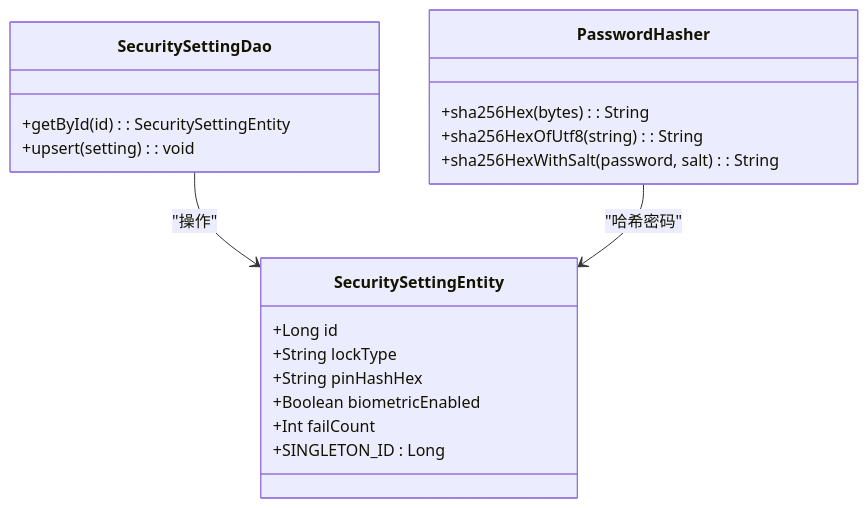
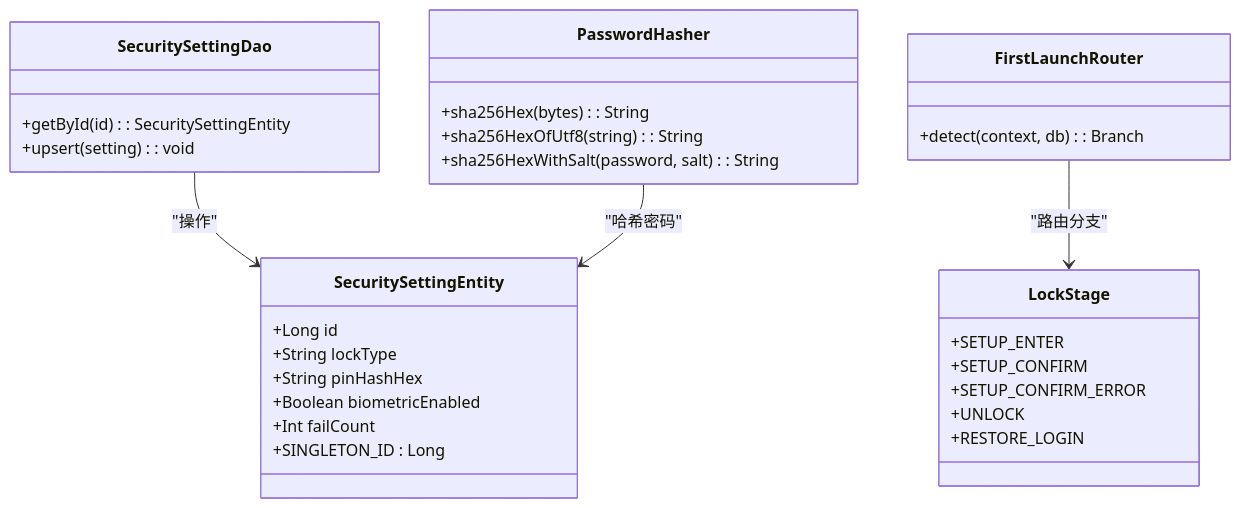
Before and after one commit to wanhongbo/ai-photo-vault: the second of 12 diagrams in .qoder/repowiki/zh/content/核心功能模块/安全解锁系统/PIN管理界面.md, drawn with Mermaid. The commit also changed other lines of this file and 22 other files, not shown here.

````diff
--- a/.qoder/repowiki/zh/content/核心功能模块/安全解锁系统/PIN管理界面.md
+++ b/.qoder/repowiki/zh/content/核心功能模块/安全解锁系统/PIN管理界面.md
@@ -101,22 +126,33 @@
 ```mermaid
 classDiagram
 class SecuritySettingEntity {
 +Long id
 +String lockType
 +String pinHashHex
 +Boolean biometricEnabled
 +Int failCount
 +SINGLETON_ID : Long
 }
 class SecuritySettingDao {
 +getById(id) : SecuritySettingEntity
 +upsert(setting) : void
 }
 class PasswordHasher {
 +sha256Hex(bytes) : String
 +sha256HexOfUtf8(string) : String
 +sha256HexWithSalt(password, salt) : String
 }
+class FirstLaunchRouter {
++detect(context, db) : Branch
+}
+class LockStage {
++SETUP_ENTER
++SETUP_CONFIRM
++SETUP_CONFIRM_ERROR
++UNLOCK
++RESTORE_LOGIN
+}
 SecuritySettingDao --> SecuritySettingEntity : "操作"
 PasswordHasher --> SecuritySettingEntity : "哈希密码"
+FirstLaunchRouter --> LockStage : "路由分支"
 ```
````
